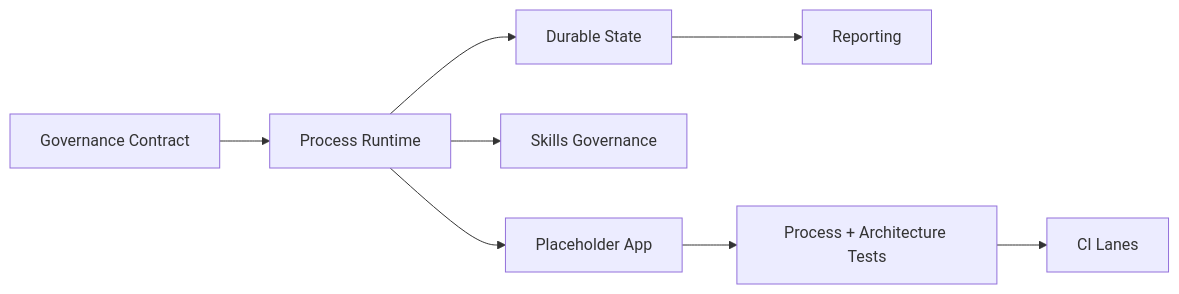
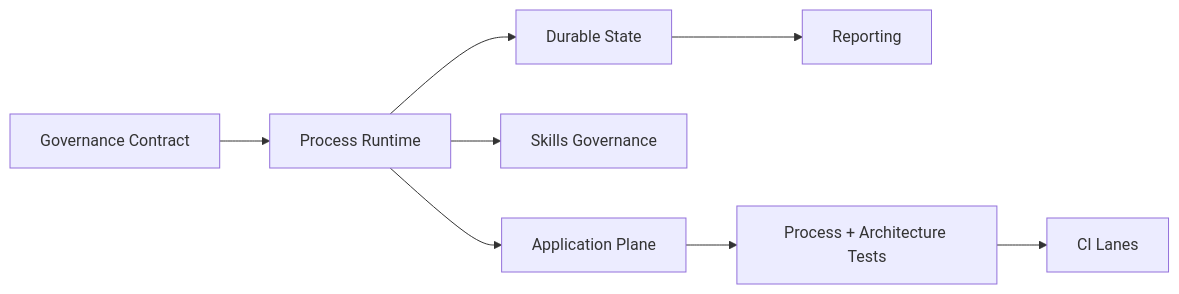
Before and after one commit to deusexrenovatio-arch/trading-advisor-3000: the diagram in docs/architecture/architecture-map.md, drawn with Mermaid. The commit also changed 31 other files, not shown here.

Commit message:
chore(governance): align app-plane terminology

````diff
--- a/docs/architecture/architecture-map.md
+++ b/docs/architecture/architecture-map.md
@@ -3,10 +3,10 @@
 ```mermaid
 flowchart LR
   A["Governance Contract"] --> B["Process Runtime"]
   B --> C["Durable State"]
   B --> D["Skills Governance"]
   C --> E["Reporting"]
-  B --> F["Placeholder App"]
+  B --> F["Application Plane"]
   F --> G["Process + Architecture Tests"]
   G --> H["CI Lanes"]
 ```
````
